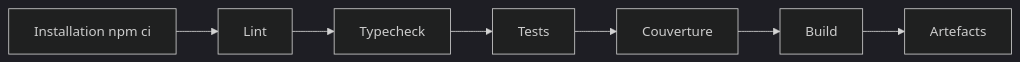
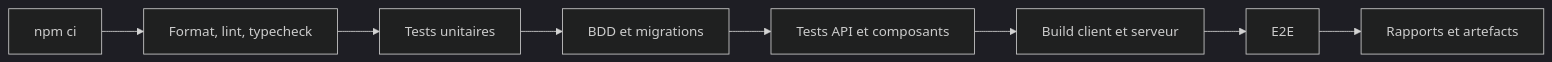
Before and after one commit to Amine845/Processus-du-developpement-logiciel: the diagram in docs/development/ci-cd.md, drawn with Mermaid (dark theme). The commit also changed other lines of this file and 31 other files, not shown here.

Commit message:
docs(project): align scope and architecture with PO feedback

````diff
--- a/docs/development/ci-cd.md
+++ b/docs/development/ci-cd.md
@@ -23,9 +23,10 @@
 ```mermaid
 flowchart LR
-    I[Installation npm ci] --> L[Lint]
-    L --> T[Typecheck]
-    T --> U[Tests]
-    U --> C[Couverture]
-    C --> B[Build]
-    B --> A[Artefacts]
+    I[npm ci] --> Q[Format, lint, typecheck]
+    Q --> U[Tests unitaires]
+    U --> D[BDD et migrations]
+    D --> A[Tests API et composants]
+    A --> B[Build client et serveur]
+    B --> E[E2E]
+    E --> R[Rapports et artefacts]
 ```
````
